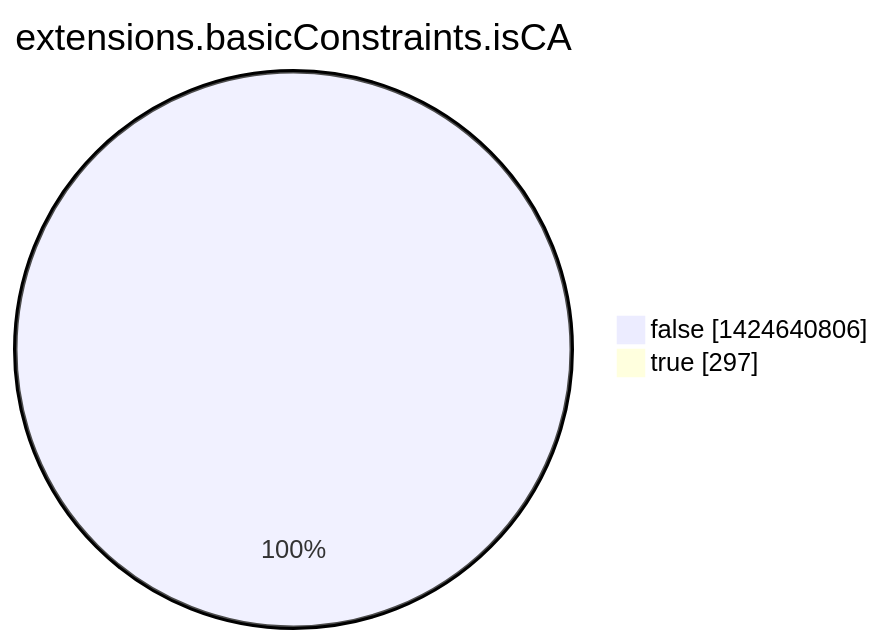
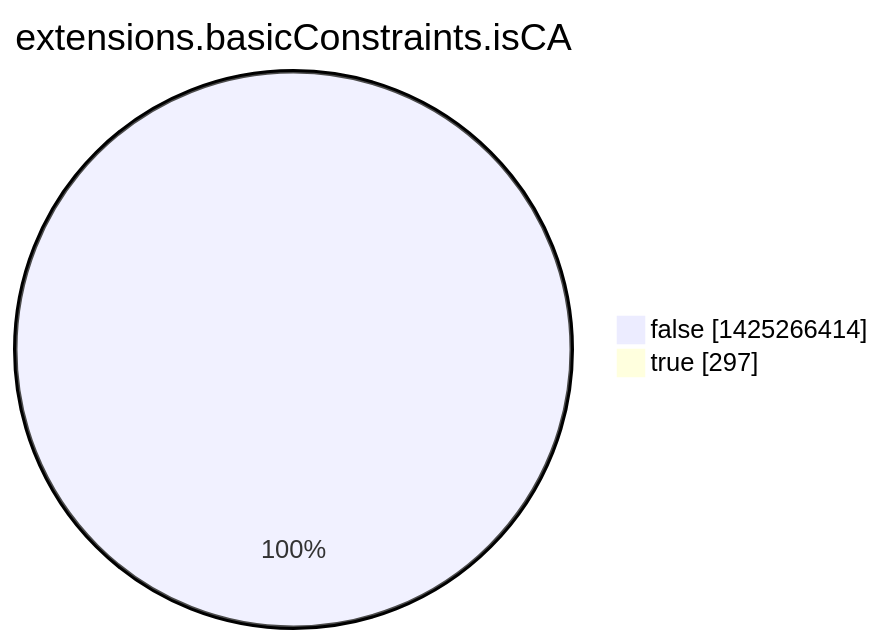
One commit to christiankrug/ctmonitor_visualization changed the eighth of 15 diagrams in argon2022/README.md. Above: the diagram before and after it, drawn with Mermaid. The commit also changed other lines of this file, not shown here.

````diff
--- a/argon2022/README.md
+++ b/argon2022/README.md
@@ -2760,6 +2760,6 @@
 ```mermaid
 pie showData
 title extensions.basicConstraints.isCA
-"false" :1424640806
+"false" :1425266414
 "true" :297
 ```
````
